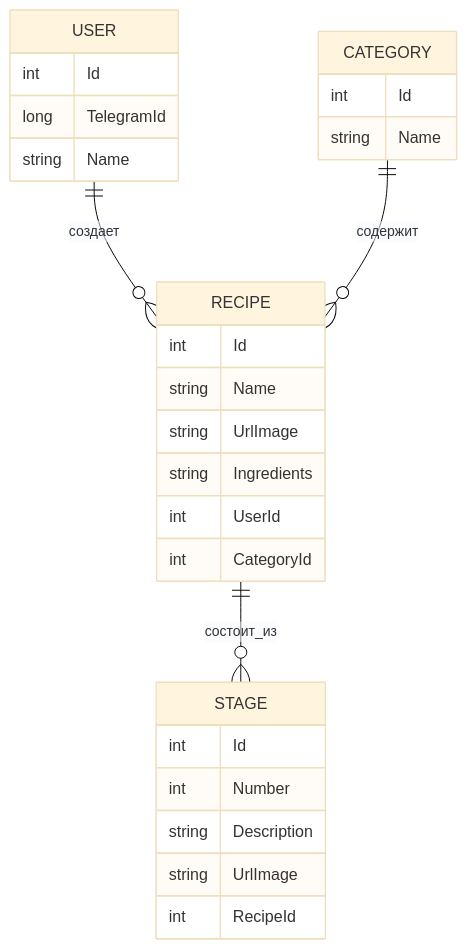
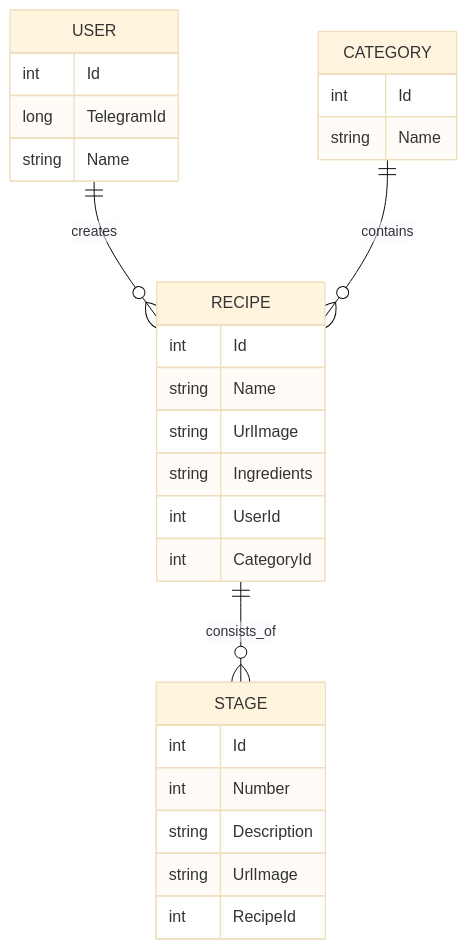
One commit to SobolevDmitrii/RecipeBot changed the fourth of 4 diagrams in README.md. Above: the diagram before and after it, drawn with Mermaid (base theme). The commit also changed other lines of this file and 1 other file, not shown here.

````diff
--- a/README.md
+++ b/README.md
@@ -337,34 +584,34 @@
 ```mermaid
 erDiagram
-    USER ||--o{ RECIPE : создает
-    CATEGORY ||--o{ RECIPE : содержит
-    RECIPE ||--o{ STAGE : состоит_из
+    USER ||--o{ RECIPE : creates
+    CATEGORY ||--o{ RECIPE : contains
+    RECIPE ||--o{ STAGE : consists_of
 
     USER {
         int Id
         long TelegramId
         string Name
     }
 
     CATEGORY {
         int Id
         string Name
     }
 
     RECIPE {
         int Id
         string Name
         string UrlImage
         string Ingredients
         int UserId
         int CategoryId
     }
 
     STAGE {
         int Id
         int Number
         string Description
         string UrlImage
         int RecipeId
     }
 ```
````
